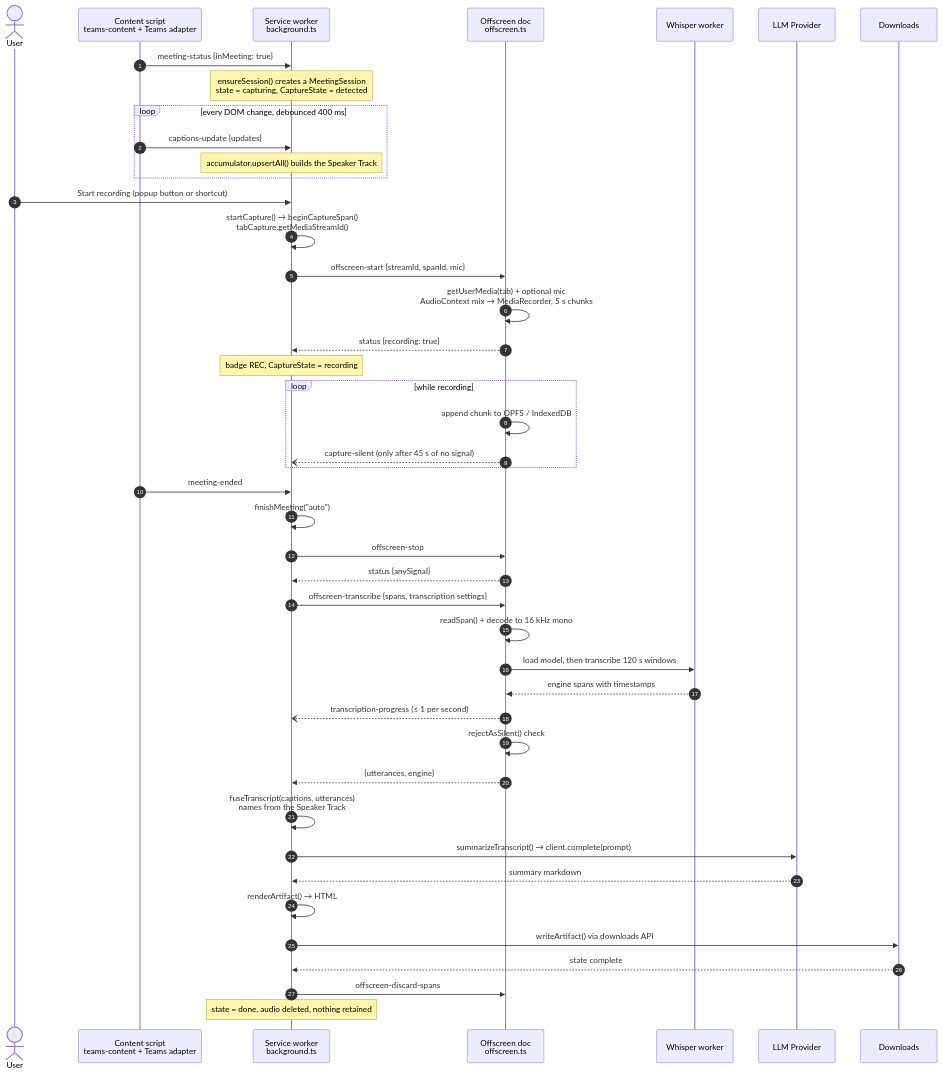
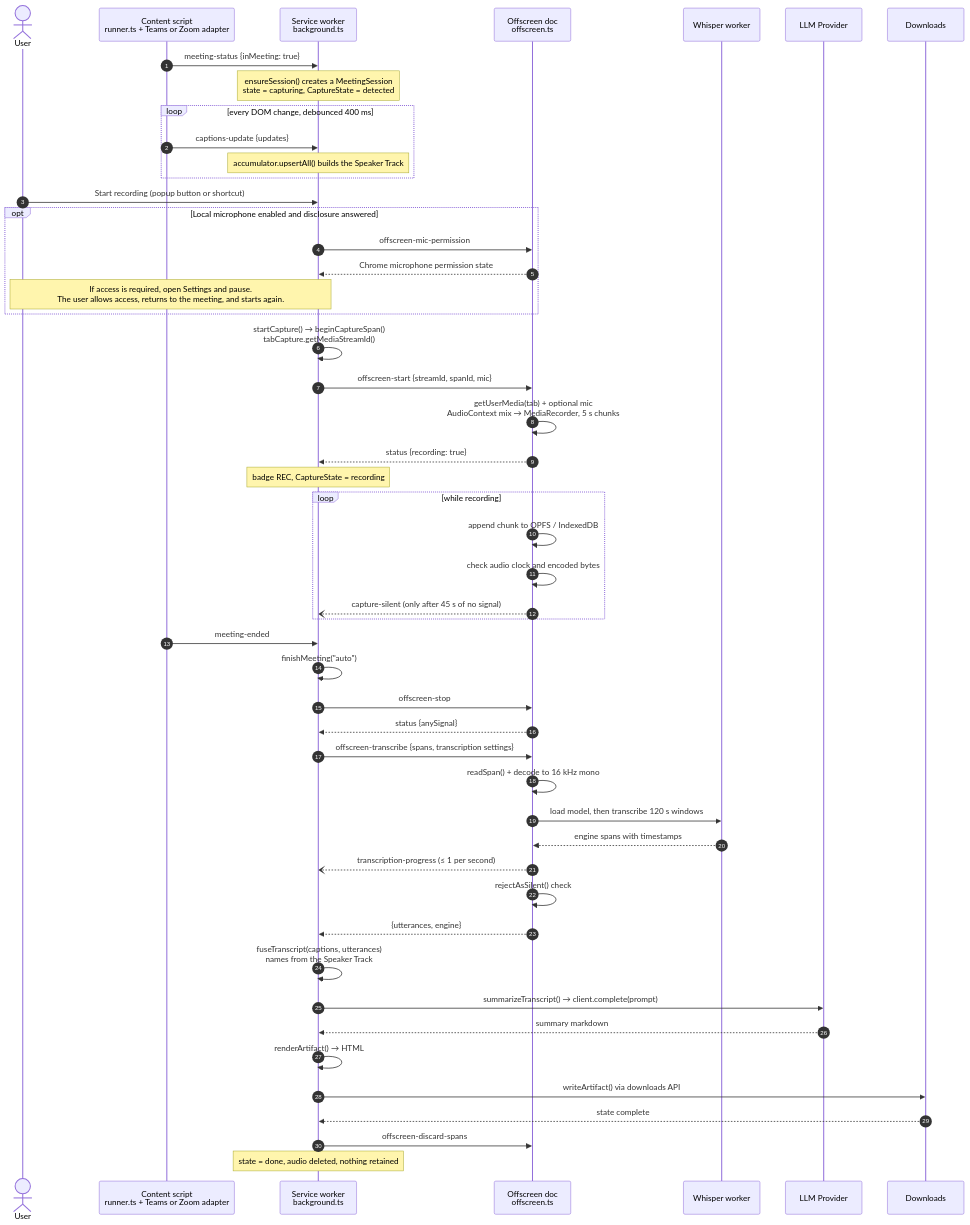
One commit to dominic676767/meeting-summarizer changed the fourth of 11 diagrams in docs/ARCHITECTURE.md. Above: the diagram before and after it, drawn with Mermaid. The commit also changed other lines of this file and 54 other files, not shown here.

````diff
--- a/docs/ARCHITECTURE.md
+++ b/docs/ARCHITECTURE.md
@@ -213,50 +233,56 @@
 ```mermaid
 sequenceDiagram
     autonumber
     actor U as User
-    participant CS as Content script<br/>teams-content + Teams adapter
+    participant CS as Content script<br/>runner.ts + Teams or Zoom adapter
     participant SW as Service worker<br/>background.ts
     participant OD as Offscreen doc<br/>offscreen.ts
     participant WW as Whisper worker
     participant LLM as LLM Provider
     participant DL as Downloads
 
     CS->>SW: meeting-status {inMeeting: true}
     Note over SW: ensureSession() creates a MeetingSession<br/>state = capturing, CaptureState = detected
     loop every DOM change, debounced 400 ms
         CS->>SW: captions-update {updates}
         Note over SW: accumulator.upsertAll() builds the Speaker Track
     end
 
     U->>SW: Start recording (popup button or shortcut)
+    opt Local microphone enabled and disclosure answered
+        SW->>OD: offscreen-mic-permission
+        OD-->>SW: Chrome microphone permission state
+        Note over U,SW: If access is required, open Settings and pause.<br/>The user allows access, returns to the meeting, and starts again.
+    end
     SW->>SW: startCapture() → beginCaptureSpan()<br/>tabCapture.getMediaStreamId()
     SW->>OD: offscreen-start {streamId, spanId, mic}
     OD->>OD: getUserMedia(tab) + optional mic<br/>AudioContext mix → MediaRecorder, 5 s chunks
     OD-->>SW: status {recording: true}
     Note over SW: badge REC, CaptureState = recording
 
     loop while recording
         OD->>OD: append chunk to OPFS / IndexedDB
+        OD->>OD: check audio clock and encoded bytes
         OD--)SW: capture-silent (only after 45 s of no signal)
     end
 
     CS->>SW: meeting-ended
     SW->>SW: finishMeeting("auto")
     SW->>OD: offscreen-stop
     OD-->>SW: status {anySignal}
     SW->>OD: offscreen-transcribe {spans, transcription settings}
     OD->>OD: readSpan() + decode to 16 kHz mono
     OD->>WW: load model, then transcribe 120 s windows
     WW-->>OD: engine spans with timestamps
     OD--)SW: transcription-progress (≤ 1 per second)
     OD->>OD: rejectAsSilent() check
     OD-->>SW: {utterances, engine}
     SW->>SW: fuseTranscript(captions, utterances)<br/>names from the Speaker Track
     SW->>LLM: summarizeTranscript() → client.complete(prompt)
     LLM-->>SW: summary markdown
     SW->>SW: renderArtifact() → HTML
     SW->>DL: writeArtifact() via downloads API
     DL-->>SW: state complete
     SW->>OD: offscreen-discard-spans
     Note over SW: state = done, audio deleted, nothing retained
 ```
````
